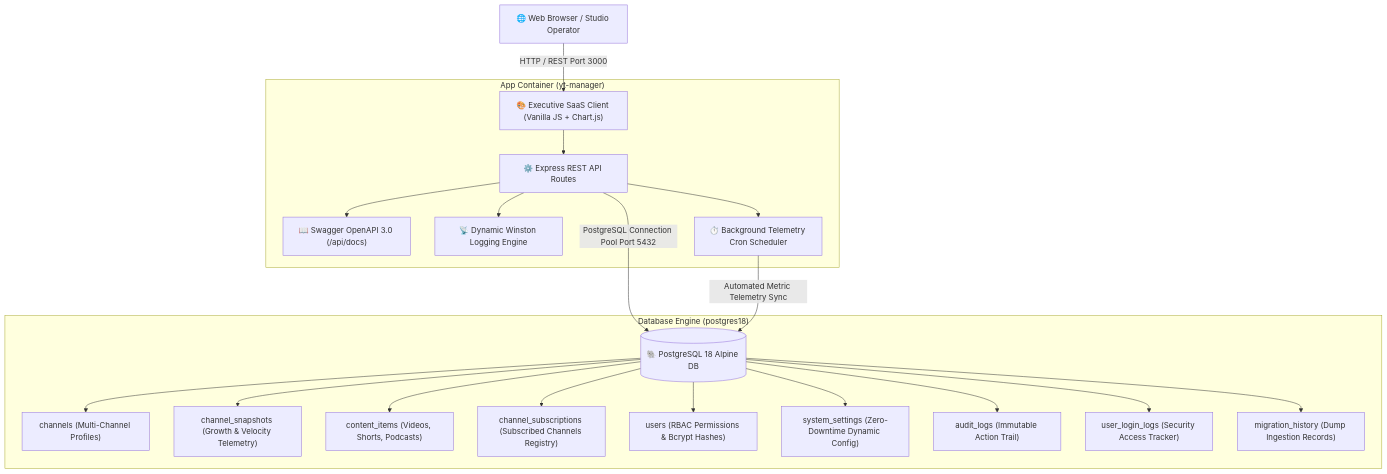
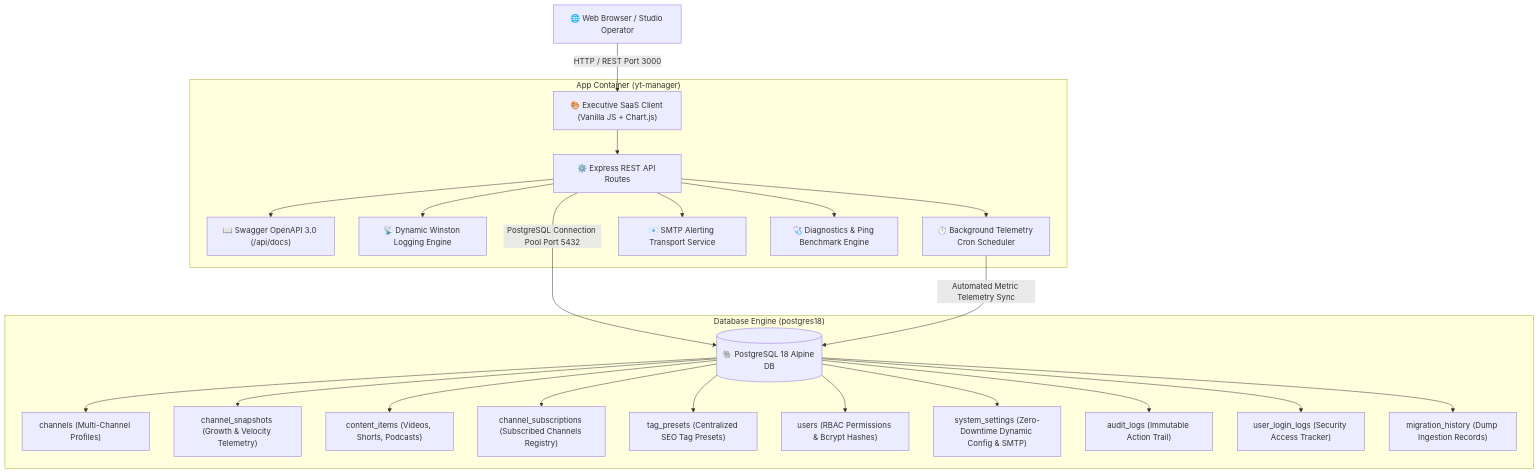
One commit to meibraransari/youtube-channel-manager changed the diagram in README.md. Above: the diagram before and after it, drawn with Mermaid. The commit also changed other lines of this file and 1 other file, not shown here.

Commit message:
docs: comprehensive update of README.md and FEATURES.md covering all platform features, diagnostics, and recent developments

````diff
--- a/README.md
+++ b/README.md
@@ -208,26 +302,29 @@
 ```mermaid
 flowchart TD
     Client["🌐 Web Browser / Studio Operator"] -->|"HTTP / REST Port 3000"| SPA["🎨 Executive SaaS Client (Vanilla JS + Chart.js)"]
 
     subgraph AppService ["App Container (yt-manager)"]
         SPA --> APIRoutes["⚙️ Express REST API Routes"]
         APIRoutes --> SwaggerDoc["📖 Swagger OpenAPI 3.0 (/api/docs)"]
         APIRoutes --> WinstonLog["📡 Dynamic Winston Logging Engine"]
         APIRoutes --> CronService["⏱️ Background Telemetry Cron Scheduler"]
+        APIRoutes --> SmtpService["📧 SMTP Alerting Transport Service"]
+        APIRoutes --> HealthService["🩺 Diagnostics & Ping Benchmark Engine"]
     end
 
     APIRoutes -->|"PostgreSQL Connection Pool Port 5432"| DBEngine[("🐘 PostgreSQL 18 Alpine DB")]
     CronService -->|"Automated Metric Telemetry Sync"| DBEngine
 
     subgraph DBService ["Database Engine (postgres18)"]
         DBEngine --> T1["channels (Multi-Channel Profiles)"]
         DBEngine --> T2["channel_snapshots (Growth & Velocity Telemetry)"]
         DBEngine --> T3["content_items (Videos, Shorts, Podcasts)"]
         DBEngine --> T4["channel_subscriptions (Subscribed Channels Registry)"]
-        DBEngine --> T5["users (RBAC Permissions & Bcrypt Hashes)"]
-        DBEngine --> T6["system_settings (Zero-Downtime Dynamic Config)"]
-        DBEngine --> T7["audit_logs (Immutable Action Trail)"]
-        DBEngine --> T8["user_login_logs (Security Access Tracker)"]
-        DBEngine --> T9["migration_history (Dump Ingestion Records)"]
+        DBEngine --> T5["tag_presets (Centralized SEO Tag Presets)"]
+        DBEngine --> T6["users (RBAC Permissions & Bcrypt Hashes)"]
+        DBEngine --> T7["system_settings (Zero-Downtime Dynamic Config & SMTP)"]
+        DBEngine --> T8["audit_logs (Immutable Action Trail)"]
+        DBEngine --> T9["user_login_logs (Security Access Tracker)"]
+        DBEngine --> T10["migration_history (Dump Ingestion Records)"]
     end
 ```
````
